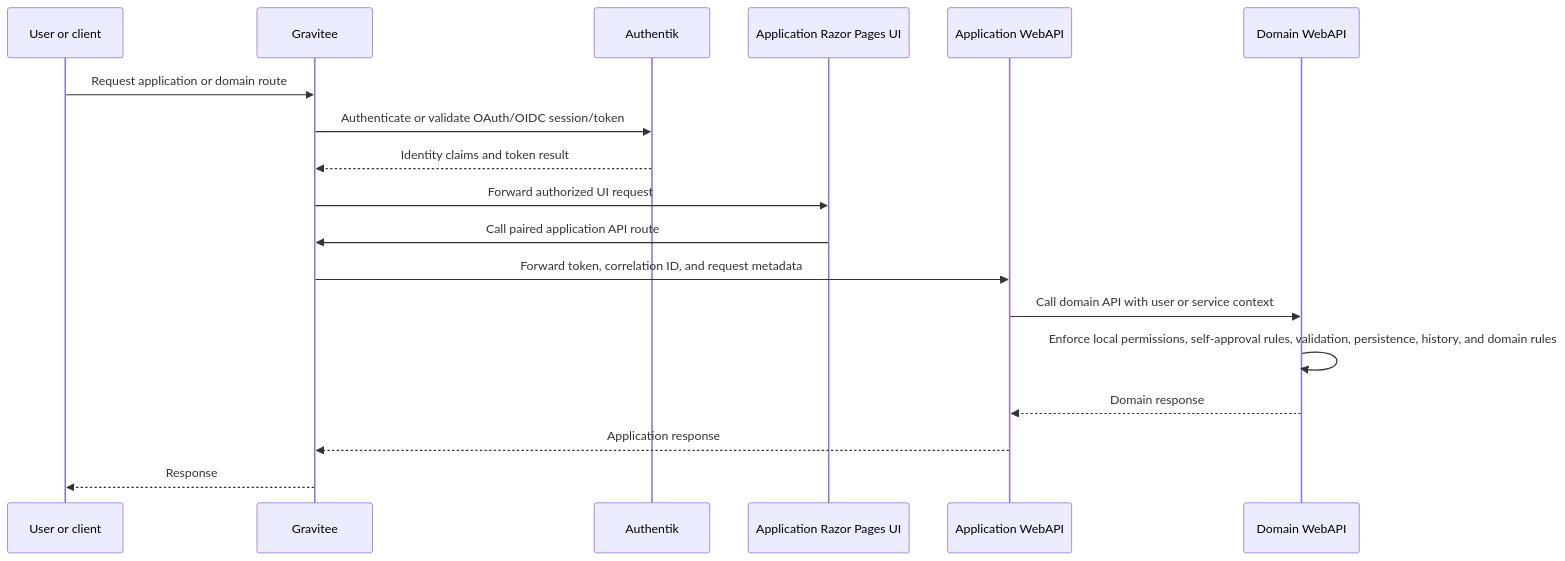
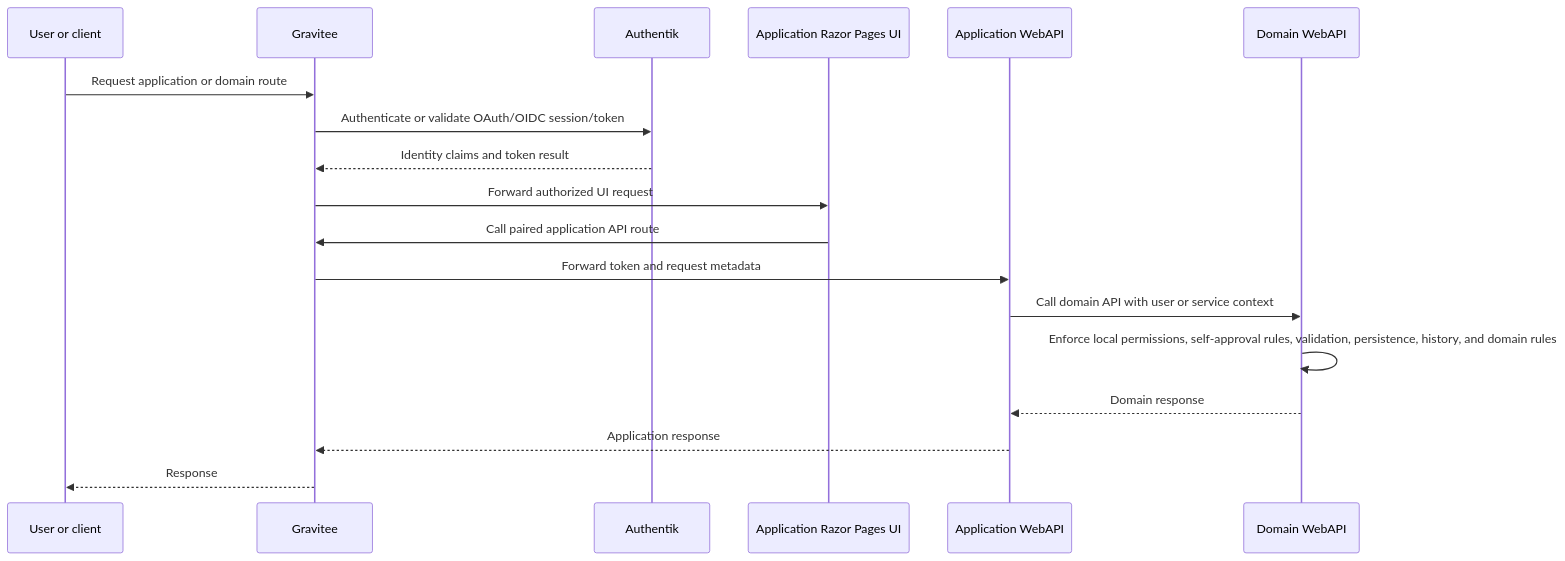
Before and after one commit to ben-cottrell/acme-erp: the diagram in docs/architecture/api-gateway-and-identity.md, drawn with Mermaid. The commit also changed other lines of this file and 23 other files, not shown here.

````diff
--- a/docs/architecture/api-gateway-and-identity.md
+++ b/docs/architecture/api-gateway-and-identity.md
@@ -18,21 +18,21 @@
 ```mermaid
 sequenceDiagram
     participant User as User or client
     participant Gateway as Gravitee
     participant IdP as Authentik
     participant UI as Application Razor Pages UI
     participant AppAPI as Application WebAPI
     participant DomainAPI as Domain WebAPI
 
     User->>Gateway: Request application or domain route
     Gateway->>IdP: Authenticate or validate OAuth/OIDC session/token
     IdP-->>Gateway: Identity claims and token result
     Gateway->>UI: Forward authorized UI request
     UI->>Gateway: Call paired application API route
-    Gateway->>AppAPI: Forward token, correlation ID, and request metadata
+    Gateway->>AppAPI: Forward token and request metadata
     AppAPI->>DomainAPI: Call domain API with user or service context
     DomainAPI->>DomainAPI: Enforce local permissions, self-approval rules, validation, persistence, history, and domain rules
     DomainAPI-->>AppAPI: Domain response
     AppAPI-->>Gateway: Application response
     Gateway-->>User: Response
 ```
````
